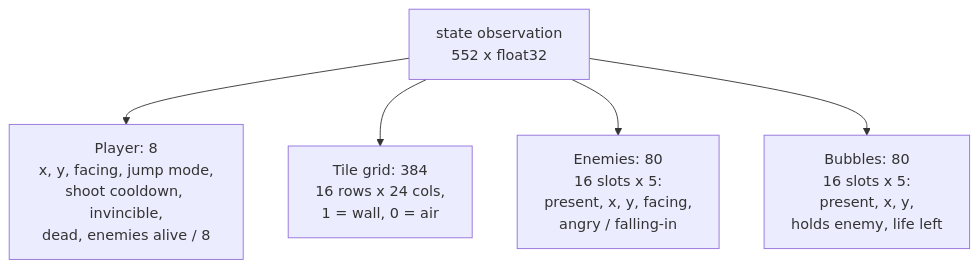
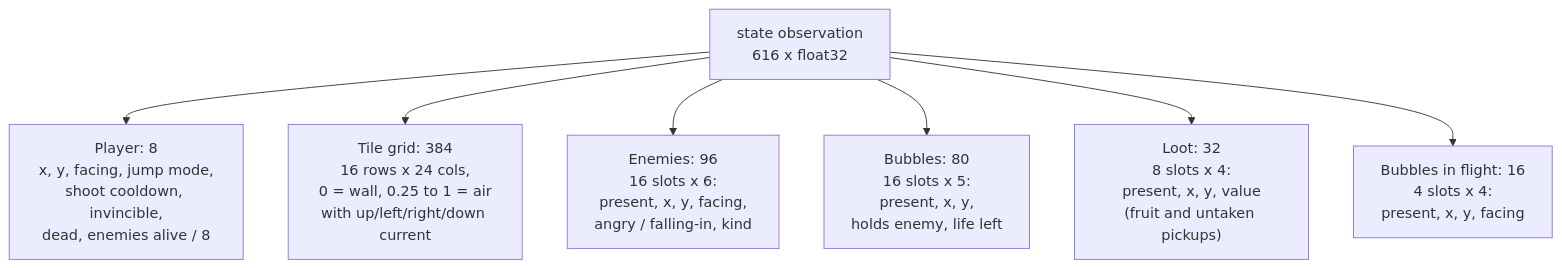
One commit to ScottRLamkin/BubbleBobbleRL changed the second of 4 diagrams in docs/training-setup.md. Above: the diagram before and after it, drawn with Mermaid. The commit also changed other lines of this file and 6 other files, not shown here.

````diff
--- a/docs/training-setup.md
+++ b/docs/training-setup.md
@@ -31,8 +33,10 @@
 ```mermaid
 flowchart TB
-    Obs["state observation<br/>552 x float32"]
+    Obs["state observation<br/>616 x float32"]
     Obs --> P["Player: 8<br/>x, y, facing, jump mode,<br/>shoot cooldown, invincible,<br/>dead, enemies alive / 8"]
-    Obs --> G["Tile grid: 384<br/>16 rows x 24 cols,<br/>1 = wall, 0 = air"]
-    Obs --> E["Enemies: 80<br/>16 slots x 5:<br/>present, x, y, facing,<br/>angry / falling-in"]
+    Obs --> G["Tile grid: 384<br/>16 rows x 24 cols,<br/>0 = wall, 0.25 to 1 = air<br/>with up/left/right/down current"]
+    Obs --> E["Enemies: 96<br/>16 slots x 6:<br/>present, x, y, facing,<br/>angry / falling-in, kind"]
     Obs --> B["Bubbles: 80<br/>16 slots x 5:<br/>present, x, y,<br/>holds enemy, life left"]
+    Obs --> L["Loot: 32<br/>8 slots x 4:<br/>present, x, y, value<br/>(fruit and untaken pickups)"]
+    Obs --> F["Bubbles in flight: 16<br/>4 slots x 4:<br/>present, x, y, facing"]
 ```
````
